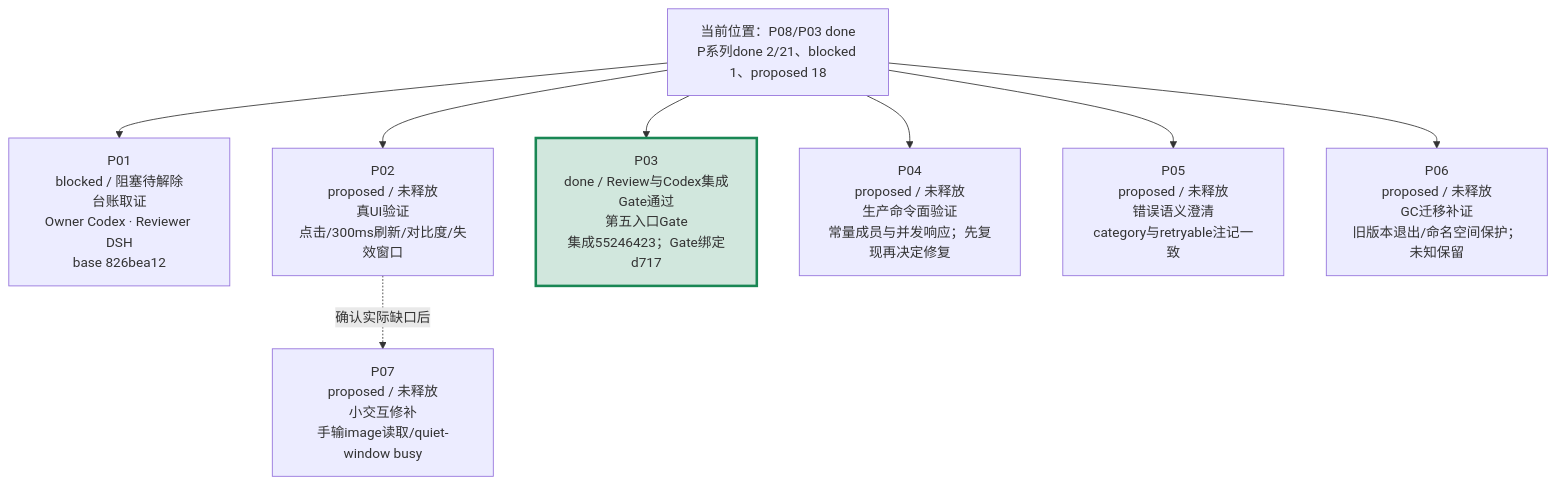
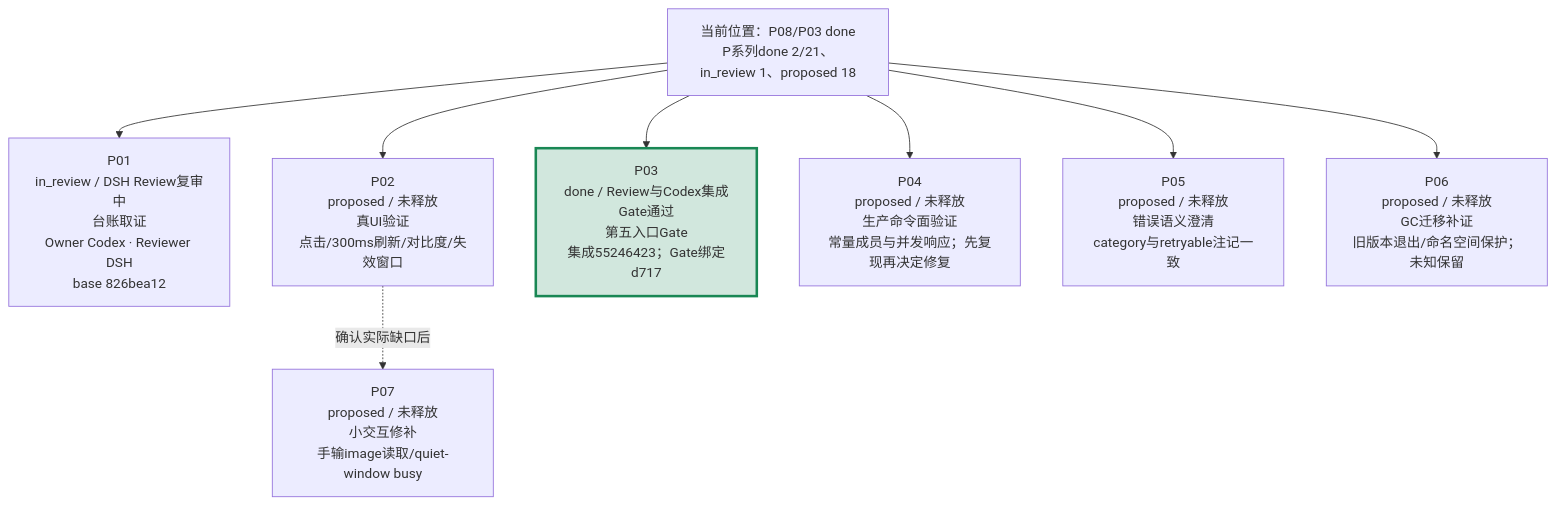
Before and after one commit to peakwheat-pixel/New-Manga: the second of 4 diagrams in verification/PROJECT-ROADMAP-20261008/ROADMAP.md, drawn with Mermaid. The commit also changed other lines of this file and 12 other files, not shown here.

````diff
--- a/verification/PROJECT-ROADMAP-20261008/ROADMAP.md
+++ b/verification/PROJECT-ROADMAP-20261008/ROADMAP.md
@@ -30,11 +30,11 @@
 ```mermaid
 flowchart TB
-  BASE["当前位置：P08/P03 done<br/>P系列done 2/21、blocked 1、proposed 18"] --> P01["P01<br/>blocked / 阻塞待解除<br/>台账取证<br/>Owner Codex · Reviewer DSH<br/>base 826bea12"]
+  BASE["当前位置：P08/P03 done<br/>P系列done 2/21、in_review 1、proposed 18"] --> P01["P01<br/>in_review / DSH Review复审中<br/>台账取证<br/>Owner Codex · Reviewer DSH<br/>base 826bea12"]
   BASE --> P02["P02<br/>proposed / 未释放<br/>真UI验证<br/>点击/300ms刷新/对比度/失效窗口"]
   BASE --> P03["P03<br/>done / Review与Codex集成Gate通过<br/>第五入口Gate<br/>集成55246423；Gate绑定d717"]
   BASE --> P04["P04<br/>proposed / 未释放<br/>生产命令面验证<br/>常量成员与并发响应；先复现再决定修复"]
   BASE --> P05["P05<br/>proposed / 未释放<br/>错误语义澄清<br/>category与retryable注记一致"]
   BASE --> P06["P06<br/>proposed / 未释放<br/>GC迁移补证<br/>旧版本退出/命名空间保护；未知保留"]
   P02 -. "确认实际缺口后" .-> P07["P07<br/>proposed / 未释放<br/>小交互修补<br/>手输image读取/quiet-window busy"]
   style P03 fill:#d1e7dd,stroke:#198754,stroke-width:3px
 ```
````
